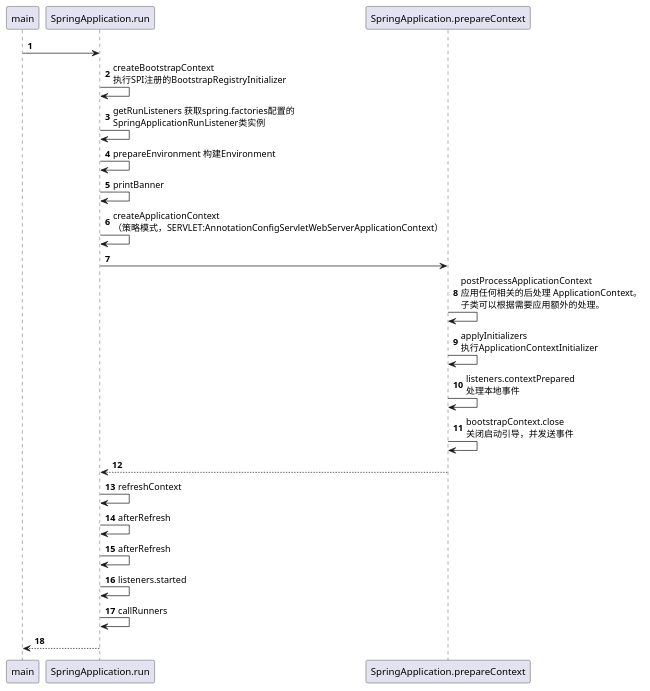
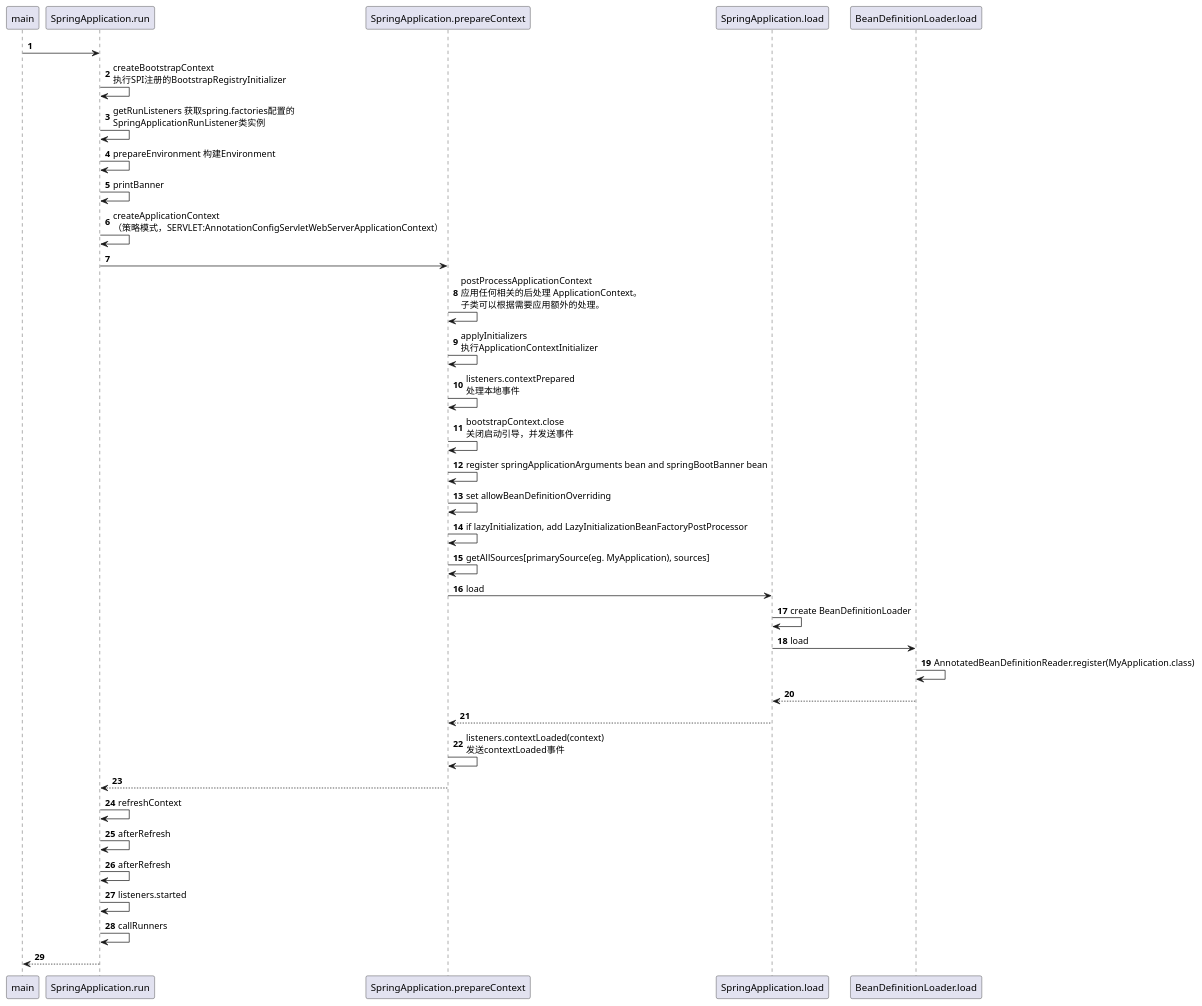
The diagram in design/spring/Starter 2 Prepare Application Context.puml (walklown/daily-code), drawn with PlantUML before and after one commit. The commit also changed 1 other file, not shown here.

Commit message:
completed prepare application context

```diff
--- a/design/spring/Starter 2 Prepare Application Context.puml
+++ b/design/spring/Starter 2 Prepare Application Context.puml
@@ -1,25 +1,36 @@
 @startuml
 'https://plantuml.com/sequence-diagram
 
 autonumber
 
 main -> SpringApplication.run
 SpringApplication.run -> SpringApplication.run : createBootstrapContext\n执行SPI注册的BootstrapRegistryInitializer
 SpringApplication.run -> SpringApplication.run : getRunListeners 获取spring.factories配置的\nSpringApplicationRunListener类实例
 SpringApplication.run -> SpringApplication.run : prepareEnvironment 构建Environment
 SpringApplication.run -> SpringApplication.run : printBanner
 SpringApplication.run -> SpringApplication.run : createApplicationContext\n（策略模式，SERVLET:AnnotationConfigServletWebServerApplicationContext）
 SpringApplication.run -> SpringApplication.prepareContext
 SpringApplication.prepareContext -> SpringApplication.prepareContext : postProcessApplicationContext\n应用任何相关的后处理 ApplicationContext。 \n子类可以根据需要应用额外的处理。
 SpringApplication.prepareContext -> SpringApplication.prepareContext : applyInitializers\n执行ApplicationContextInitializer
 SpringApplication.prepareContext -> SpringApplication.prepareContext : listeners.contextPrepared\n处理本地事件
 SpringApplication.prepareContext -> SpringApplication.prepareContext : bootstrapContext.close\n关闭启动引导，并发送事件
+SpringApplication.prepareContext -> SpringApplication.prepareContext : register springApplicationArguments bean and springBootBanner bean
+SpringApplication.prepareContext -> SpringApplication.prepareContext : set allowBeanDefinitionOverriding
+SpringApplication.prepareContext -> SpringApplication.prepareContext : if lazyInitialization, add LazyInitializationBeanFactoryPostProcessor
+SpringApplication.prepareContext -> SpringApplication.prepareContext : getAllSources[primarySource(eg. MyApplication), sources]
+SpringApplication.prepareContext -> SpringApplication.load : load
+SpringApplication.load -> SpringApplication.load : create BeanDefinitionLoader
+SpringApplication.load -> BeanDefinitionLoader.load : load
+BeanDefinitionLoader.load -> BeanDefinitionLoader.load : AnnotatedBeanDefinitionReader.register(MyApplication.class)
+BeanDefinitionLoader.load --> SpringApplication.load
+SpringApplication.load --> SpringApplication.prepareContext
+SpringApplication.prepareContext -> SpringApplication.prepareContext : listeners.contextLoaded(context)\n发送contextLoaded事件
 SpringApplication.prepareContext --> SpringApplication.run
 SpringApplication.run -> SpringApplication.run : refreshContext
 SpringApplication.run -> SpringApplication.run : afterRefresh
 SpringApplication.run -> SpringApplication.run : afterRefresh
 SpringApplication.run -> SpringApplication.run : listeners.started
 SpringApplication.run -> SpringApplication.run : callRunners
 SpringApplication.run --> main
 
 @enduml
```
